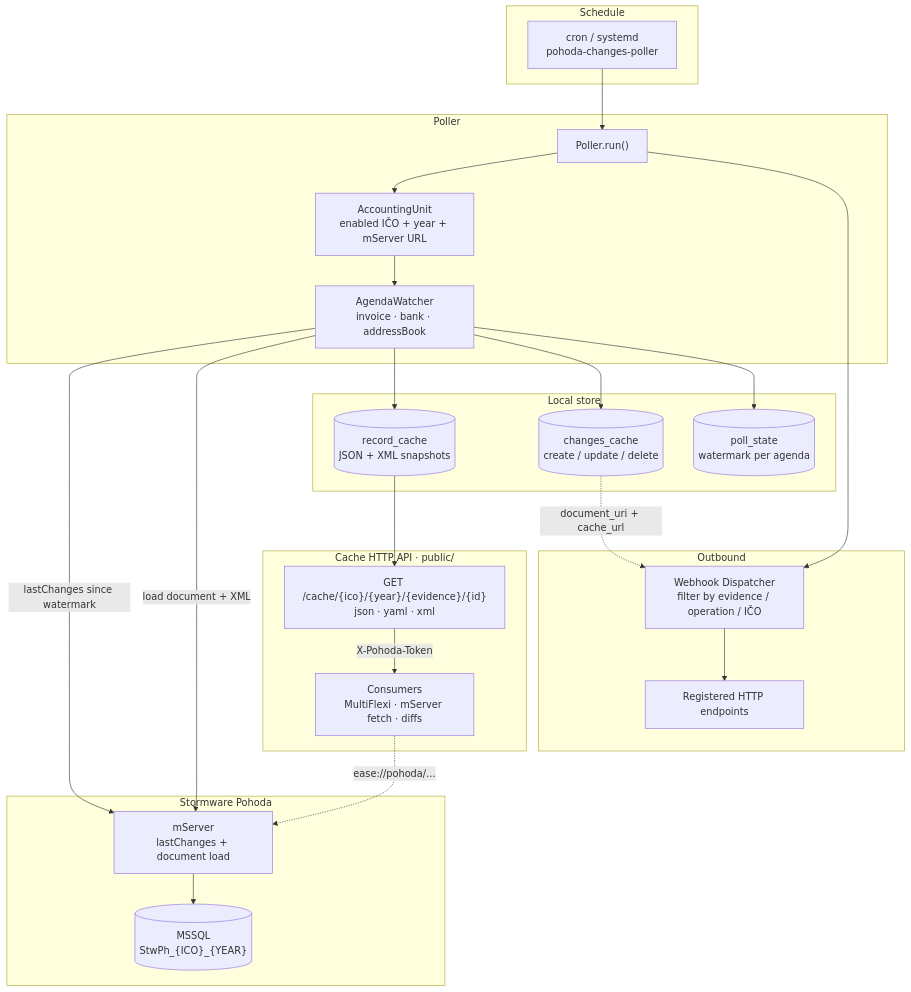
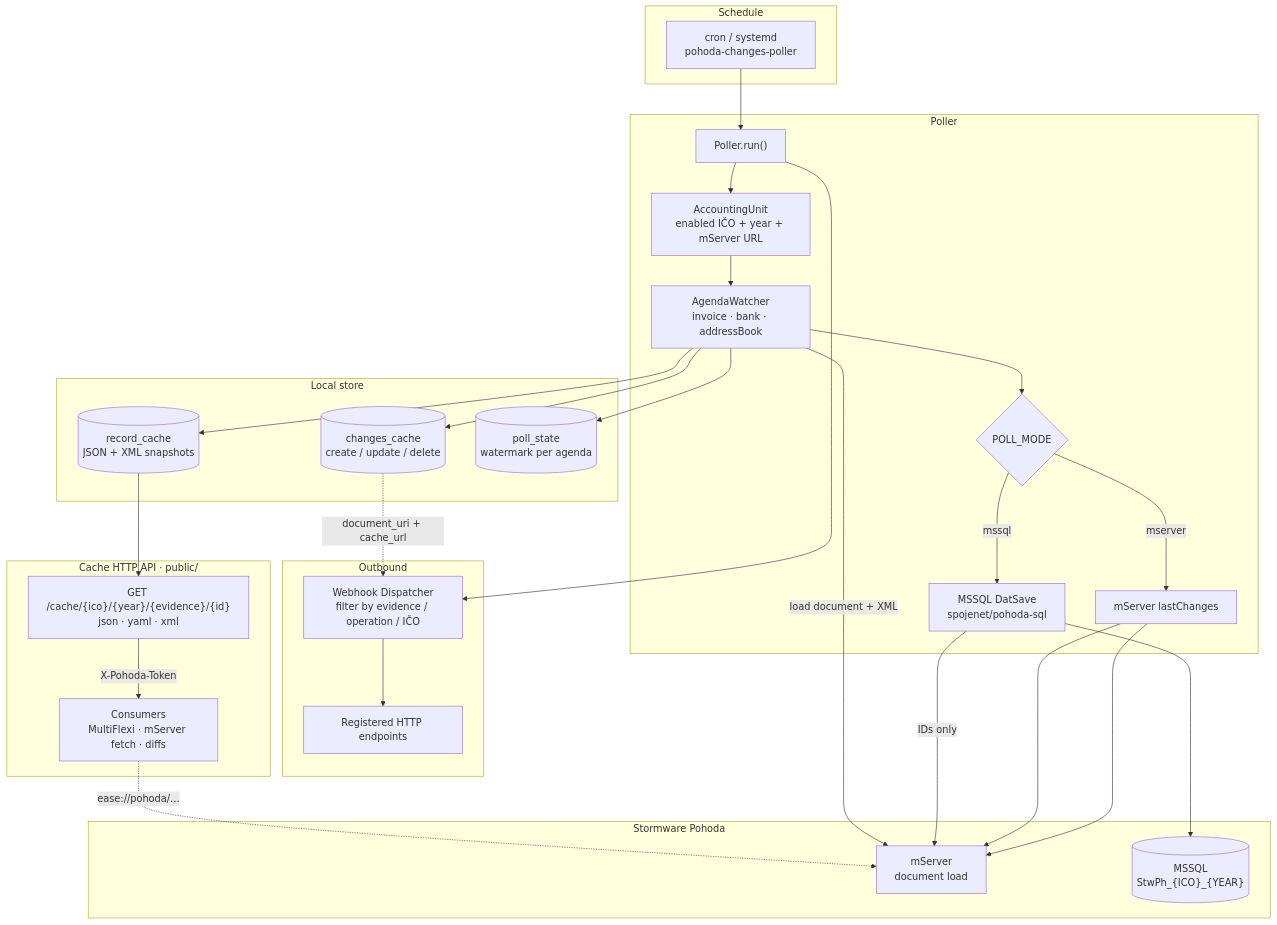
The diagram in README.md (Spoje-NET/pohoda-changes-api), drawn with Mermaid before and after one commit. The commit also changed other lines of this file and 19 other files, not shown here.

First line of the commit message:
Add optional MSSQL DatSave poll mode and modernise Jenkinsfile.

````diff
--- a/README.md
+++ b/README.md
@@ -14,47 +15,52 @@
 ```mermaid
 flowchart TB
   subgraph schedule["Schedule"]
     CRON["cron / systemd<br/>pohoda-changes-poller"]
   end
 
   subgraph poller["Poller"]
     P["Poller.run()"]
     U["AccountingUnit<br/>enabled IČO + year + mServer URL"]
     A["AgendaWatcher<br/>invoice · bank · addressBook"]
+    MODE{"POLL_MODE"}
+    DISC_MS["mServer lastChanges"]
+    DISC_SQL["MSSQL DatSave<br/>spojenet/pohoda-sql"]
   end
 
   subgraph pohoda["Stormware Pohoda"]
-    MS["mServer<br/>lastChanges + document load"]
-    DB[("MSSQL<br/>StwPh_{ICO}_{YEAR}")]
+    MS["mServer<br/>document load"]
+    SQL[("MSSQL<br/>StwPh_{ICO}_{YEAR}")]
   end
 
   subgraph store["Local store"]
     RC[("record_cache<br/>JSON + XML snapshots")]
     CC[("changes_cache<br/>create / update / delete")]
     PS[("poll_state<br/>watermark per agenda")]
   end
 
   subgraph out["Outbound"]
     WH["Webhook Dispatcher<br/>filter by evidence / operation / IČO"]
     EP["Registered HTTP endpoints"]
   end
 
   subgraph api["Cache HTTP API · public/"]
     CA["GET /cache/{ico}/{year}/{evidence}/{id}<br/>json · yaml · xml"]
     CONS["Consumers<br/>MultiFlexi · mServer fetch · diffs"]
   end
 
   CRON --> P
-  P --> U --> A
-  A -->|"lastChanges since watermark"| MS
-  MS --> DB
+  P --> U --> A --> MODE
+  MODE -->|mserver| DISC_MS --> MS
+  MODE -->|mssql| DISC_SQL --> SQL
+  DISC_MS --> MS
+  DISC_SQL -->|"IDs only"| MS
   A -->|"load document + XML"| MS
   A --> RC
   A --> CC
   A --> PS
   P --> WH --> EP
   CC -.->|"document_uri + cache_url"| WH
   RC --> CA
   CA -->|"X-Pohoda-Token"| CONS
   CONS -.->|"ease://pohoda/…"| MS
 ```
````
